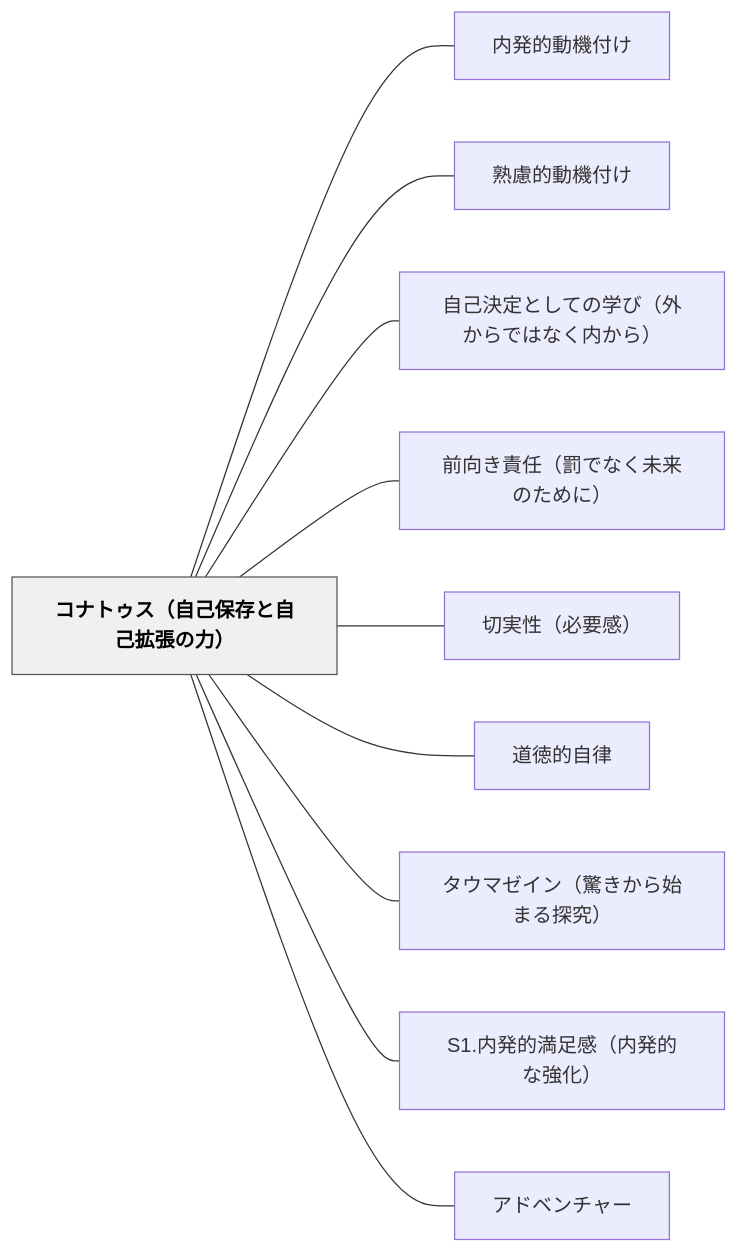
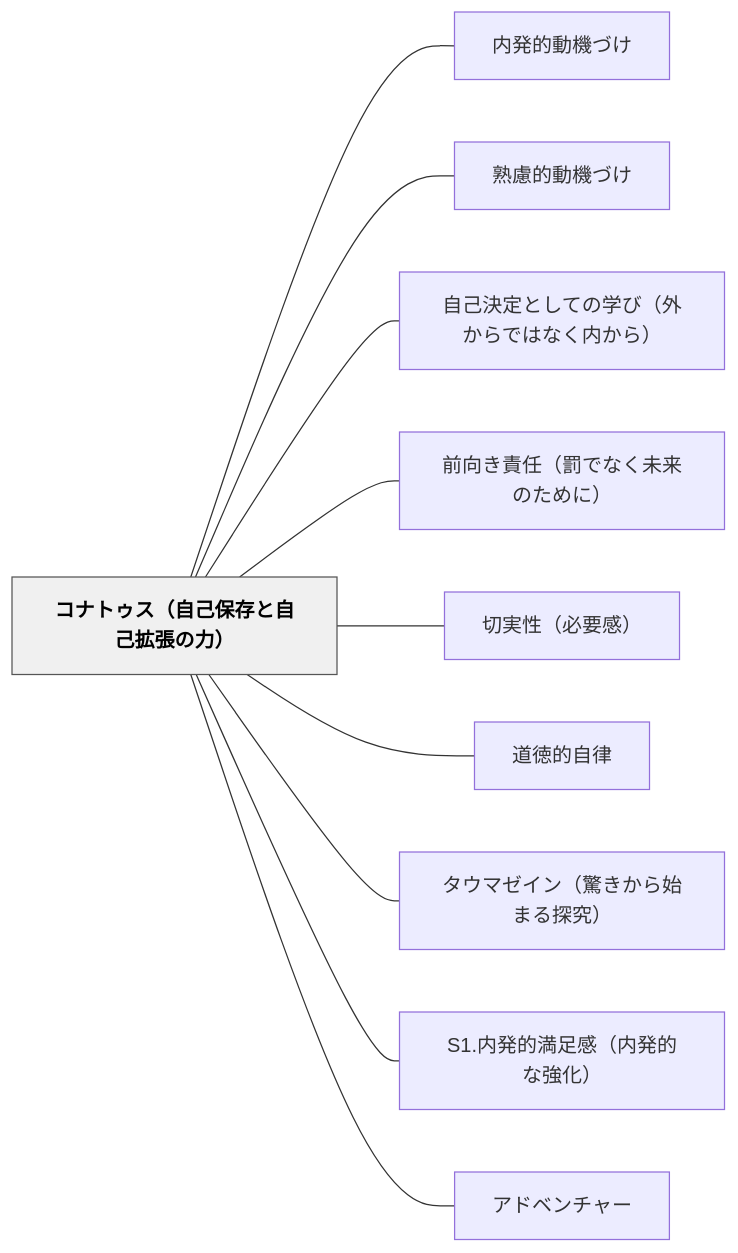
Before and after one commit to unknownthings-ed-patterns/unknownthings-ed-patterns: the diagram in content/パタン/コナトゥス（自己保存と自己拡張の力）.md, drawn with Mermaid. The commit also changed other lines of this file and 234 other files, not shown here.

````diff
--- a/content/パタン/コナトゥス（自己保存と自己拡張の力）.md
+++ b/content/パタン/コナトゥス（自己保存と自己拡張の力）.md
@@ -123,26 +123,26 @@
 ```mermaid
 flowchart LR
     ne382b3e3838ae38388e382a5e382b9efbc88e887aae5b7b1e4bf9de5ad98e381a8e887aae5b7b1e68ba1e5bcb5e381aee58a9befbc89["コナトゥス（自己保存と自己拡張の力）"]
-    ne58685e799bae79a84e58b95e6a99fe4bb98e38191["内発的動機付け"]
-    ne7869fe685aee79a84e58b95e6a99fe4bb98e38191["熟慮的動機付け"]
+    ne58685e799bae79a84e58b95e6a99fe381a5e38191["内発的動機づけ"]
+    ne7869fe685aee79a84e58b95e6a99fe381a5e38191["熟慮的動機づけ"]
     ne887aae5b7b1e6b1bae5ae9ae381a8e38197e381a6e381aee5ada6e381b3efbc88e5a496e3818be38289e381a7e381afe381aae3818fe58685e3818be38289efbc89["自己決定としての学び（外からではなく内から）"]
     ne5898de59091e3818de8b2ace4bbbbefbc88e7bdb0e381a7e381aae3818fe69caae69da5e381aee3819fe38281e381abefbc89["前向き責任（罰でなく未来のために）"]
     ne58887e5ae9fe680a7efbc88e5bf85e8a681e6849fefbc89["切実性（必要感）"]
     ne98193e5beb3e79a84e887aae5be8b["道徳的自律"]
     ne382bfe382a6e3839ee382bce382a4e383b3efbc88e9a99ae3818de3818be38289e5a78be381bee3828be68ea2e7a9b6efbc89["タウマゼイン（驚きから始まる探究）"]
     n53312ee58685e799bae79a84e6ba80e8b6b3e6849fefbc88e58685e799bae79a84e381aae5bcb7e58c96efbc89["S1.内発的満足感（内発的な強化）"]
     ne382a2e38389e38399e383b3e38381e383a3e383bc["アドベンチャー"]
 
-    ne382b3e3838ae38388e382a5e382b9efbc88e887aae5b7b1e4bf9de5ad98e381a8e887aae5b7b1e68ba1e5bcb5e381aee58a9befbc89 --- ne58685e799bae79a84e58b95e6a99fe4bb98e38191
-    ne382b3e3838ae38388e382a5e382b9efbc88e887aae5b7b1e4bf9de5ad98e381a8e887aae5b7b1e68ba1e5bcb5e381aee58a9befbc89 --- ne7869fe685aee79a84e58b95e6a99fe4bb98e38191
+    ne382b3e3838ae38388e382a5e382b9efbc88e887aae5b7b1e4bf9de5ad98e381a8e887aae5b7b1e68ba1e5bcb5e381aee58a9befbc89 --- ne58685e799bae79a84e58b95e6a99fe381a5e38191
+    ne382b3e3838ae38388e382a5e382b9efbc88e887aae5b7b1e4bf9de5ad98e381a8e887aae5b7b1e68ba1e5bcb5e381aee58a9befbc89 --- ne7869fe685aee79a84e58b95e6a99fe381a5e38191
     ne382b3e3838ae38388e382a5e382b9efbc88e887aae5b7b1e4bf9de5ad98e381a8e887aae5b7b1e68ba1e5bcb5e381aee58a9befbc89 --- ne887aae5b7b1e6b1bae5ae9ae381a8e38197e381a6e381aee5ada6e381b3efbc88e5a496e3818be38289e381a7e381afe381aae3818fe58685e3818be38289efbc89
     ne382b3e3838ae38388e382a5e382b9efbc88e887aae5b7b1e4bf9de5ad98e381a8e887aae5b7b1e68ba1e5bcb5e381aee58a9befbc89 --- ne5898de59091e3818de8b2ace4bbbbefbc88e7bdb0e381a7e381aae3818fe69caae69da5e381aee3819fe38281e381abefbc89
     ne382b3e3838ae38388e382a5e382b9efbc88e887aae5b7b1e4bf9de5ad98e381a8e887aae5b7b1e68ba1e5bcb5e381aee58a9befbc89 --- ne58887e5ae9fe680a7efbc88e5bf85e8a681e6849fefbc89
     ne382b3e3838ae38388e382a5e382b9efbc88e887aae5b7b1e4bf9de5ad98e381a8e887aae5b7b1e68ba1e5bcb5e381aee58a9befbc89 --- ne98193e5beb3e79a84e887aae5be8b
     ne382b3e3838ae38388e382a5e382b9efbc88e887aae5b7b1e4bf9de5ad98e381a8e887aae5b7b1e68ba1e5bcb5e381aee58a9befbc89 --- ne382bfe382a6e3839ee382bce382a4e383b3efbc88e9a99ae3818de3818be38289e5a78be381bee3828be68ea2e7a9b6efbc89
     ne382b3e3838ae38388e382a5e382b9efbc88e887aae5b7b1e4bf9de5ad98e381a8e887aae5b7b1e68ba1e5bcb5e381aee58a9befbc89 --- n53312ee58685e799bae79a84e6ba80e8b6b3e6849fefbc88e58685e799bae79a84e381aae5bcb7e58c96efbc89
     ne382b3e3838ae38388e382a5e382b9efbc88e887aae5b7b1e4bf9de5ad98e381a8e887aae5b7b1e68ba1e5bcb5e381aee58a9befbc89 --- ne382a2e38389e38399e383b3e38381e383a3e383bc
 
     classDef hub fill:#f0f0f0,stroke:#555,color:#000,font-weight:bold
     class ne382b3e3838ae38388e382a5e382b9efbc88e887aae5b7b1e4bf9de5ad98e381a8e887aae5b7b1e68ba1e5bcb5e381aee58a9befbc89 hub
 ```
````
